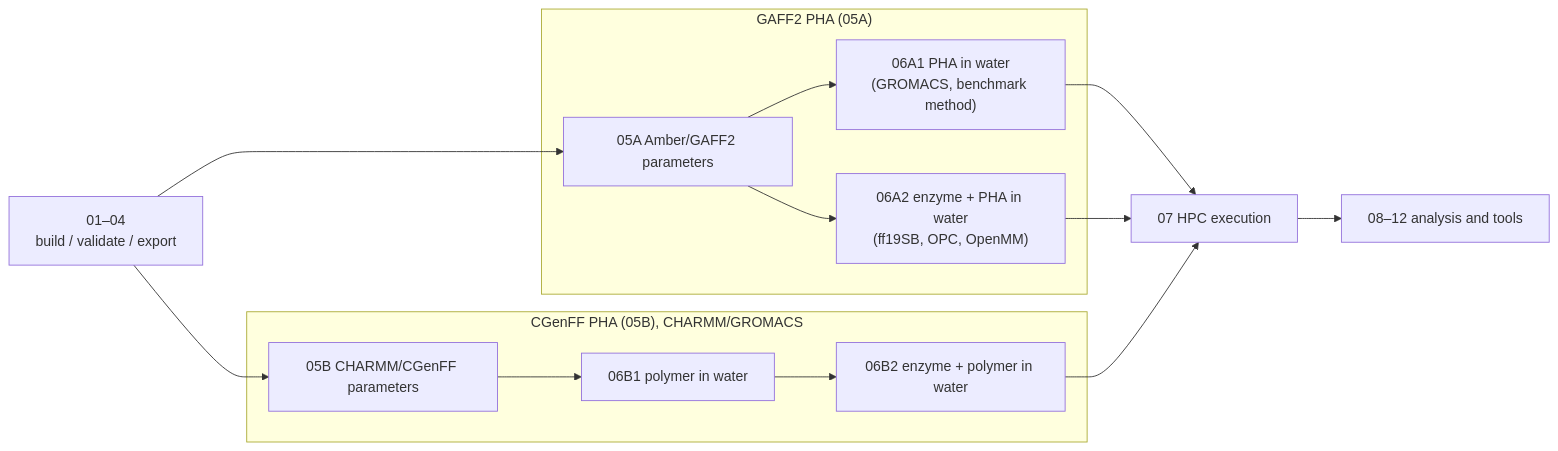
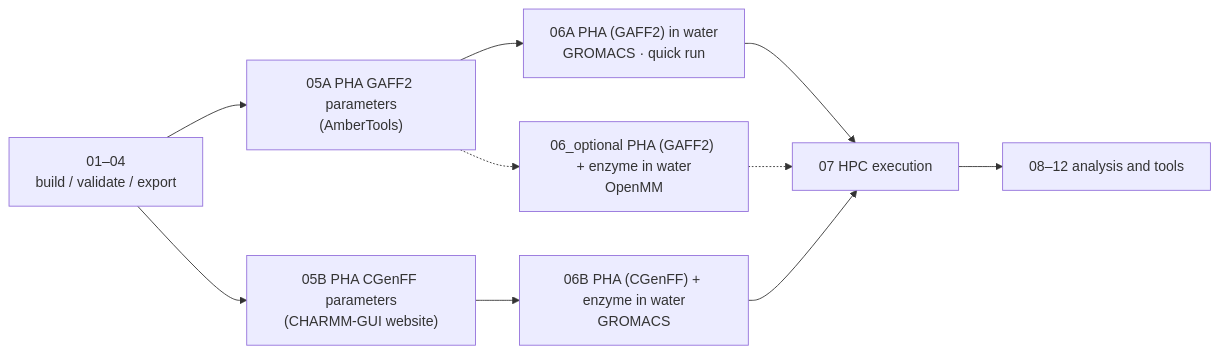
Before and after one commit to DanielYyork/iPHAsimulatorV2: the diagram in notebooks/README.md, drawn with Mermaid. The commit also changed other lines of this file and 20 other files, not shown here.

````diff
--- a/notebooks/README.md
+++ b/notebooks/README.md
@@ -32,17 +18,13 @@
 ```mermaid
 flowchart LR
     S["01–04<br/>build / validate / export"]
-    S --> A5
-    S --> B5
-    subgraph GA["GAFF2 PHA (05A)"]
-        A5["05A Amber/GAFF2 parameters"] --> A61["06A1 PHA in water<br/>(GROMACS, benchmark method)"]
-        A5 --> A62["06A2 enzyme + PHA in water<br/>(ff19SB, OPC, OpenMM)"]
-    end
-    subgraph CG["CGenFF PHA (05B), CHARMM/GROMACS"]
-        B5["05B CHARMM/CGenFF parameters"] --> B61["06B1 polymer in water"] --> B62["06B2 enzyme + polymer in water"]
-    end
-    A61 --> H["07 HPC execution"]
-    A62 --> H
-    B62 --> H
+    S --> A5["05A PHA GAFF2 parameters<br/>(AmberTools)"]
+    S --> B5["05B PHA CGenFF parameters<br/>(CHARMM-GUI website)"]
+    A5 --> A6["06A PHA (GAFF2) in water<br/>GROMACS · quick run"]
+    B5 --> B6["06B PHA (CGenFF) + enzyme in water<br/>GROMACS"]
+    A5 -.-> O6["06_optional PHA (GAFF2) + enzyme in water<br/>OpenMM"]
+    A6 --> H["07 HPC execution"]
+    B6 --> H
+    O6 -.-> H
     H --> X["08–12 analysis and tools"]
 ```
````
